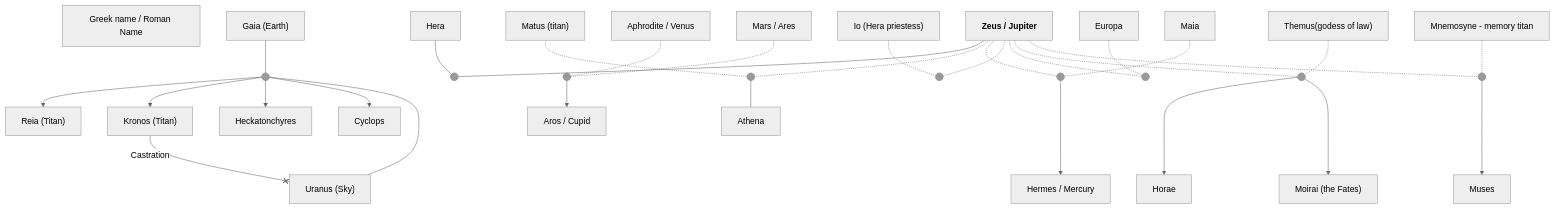
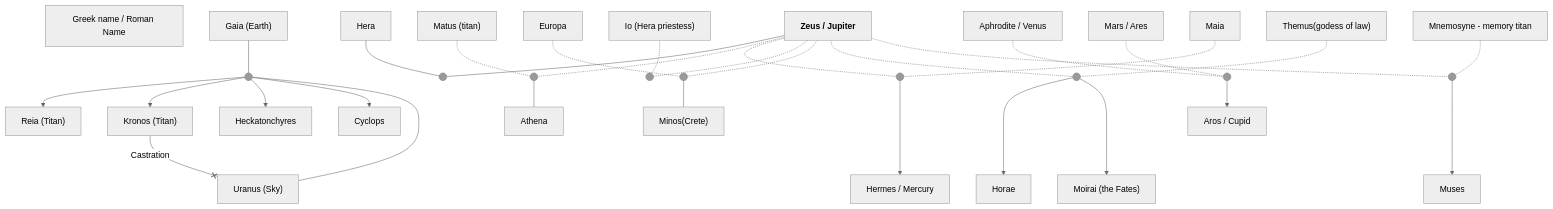
One commit to kartof0nix/Obsidian-wyklady changed the diagram in Mythology/Greek mythology.md. Above: the diagram before and after it, drawn with Mermaid (neutral theme).

Commit message:
vault backup: 2025-09-03 10:21:59

````diff
--- a/Mythology/Greek mythology.md
+++ b/Mythology/Greek mythology.md
@@ -1,84 +1,84 @@
 ```mermaid
 
 flowchart TD
 
 
 Name[Greek name / Roman Name]
 
 Gaia["Gaia (Earth)"]
 Uranos["Uranus (Sky)"]
 GU@{ shape: f-circ}
 Gaia --- GU
 Uranos --- GU
 
 GU --> Reia
 GU --> Kronos
 GU --> Heckatonchyres
 GU --> Cyclops
 
 Reia["Reia (Titan)"]
 Kronos["Kronos (Titan)"]
 
 Zeus["`**Zeus / Jupiter**`"]
 Hera
 ZH@{ shape: f-circ}
 
 
 Zeus --- ZH
 Hera --- ZH
 ZH@{ shape: f-circ}
 
 Hermes[Hermes / Mercury]
 
 Matus["Matus (titan)"]
 ZM@{ shape: f-circ}
 Zeus -.- ZM
 Matus -.- ZM
 ZM --- Athena
 
 Maia
 ZMi@{ shape: f-circ}
 Zeus -.- ZMi
 Maia -.- ZMi
 ZMi ---> Hermes
 
 
 
 Io["Io (Hera priestess)"]
 ZI@{ shape: f-circ}
 Io -.- ZI
 Zeus -.- ZI
 
 Zeus -.- ZE
 Europa -.- ZE
 ZE@{ shape: f-circ}
-
+ZE --- minos["Minos(Crete)"]
 Themis["Themus(godess of law)"]
 ZT@{ shape: f-circ}
 Zeus -.- ZT
 Themis -.- ZT
 ZT ---> Horae
 ZT ---> Moirai
 
 Mnemosyne["Mnemosyne - memory titan"]
 ZMn@{ shape: f-circ}
 Mnemosyne -.- ZMn
 Zeus -.- ZMn
 ZMn ---> Muses
 
 Moirai["Moirai (the Fates)"]
 AA@{ shape: f-circ}
 Aphrodite[Aphrodite / Venus]
 Ares[Mars / Ares]
 
 Kronos -- Castration --x Uranos
 
 Aphrodite -.- AA
 Ares -.- AA
 AA --> Aros
 
 Aros[Aros / Cupid]
 
 
 
 ```
````
